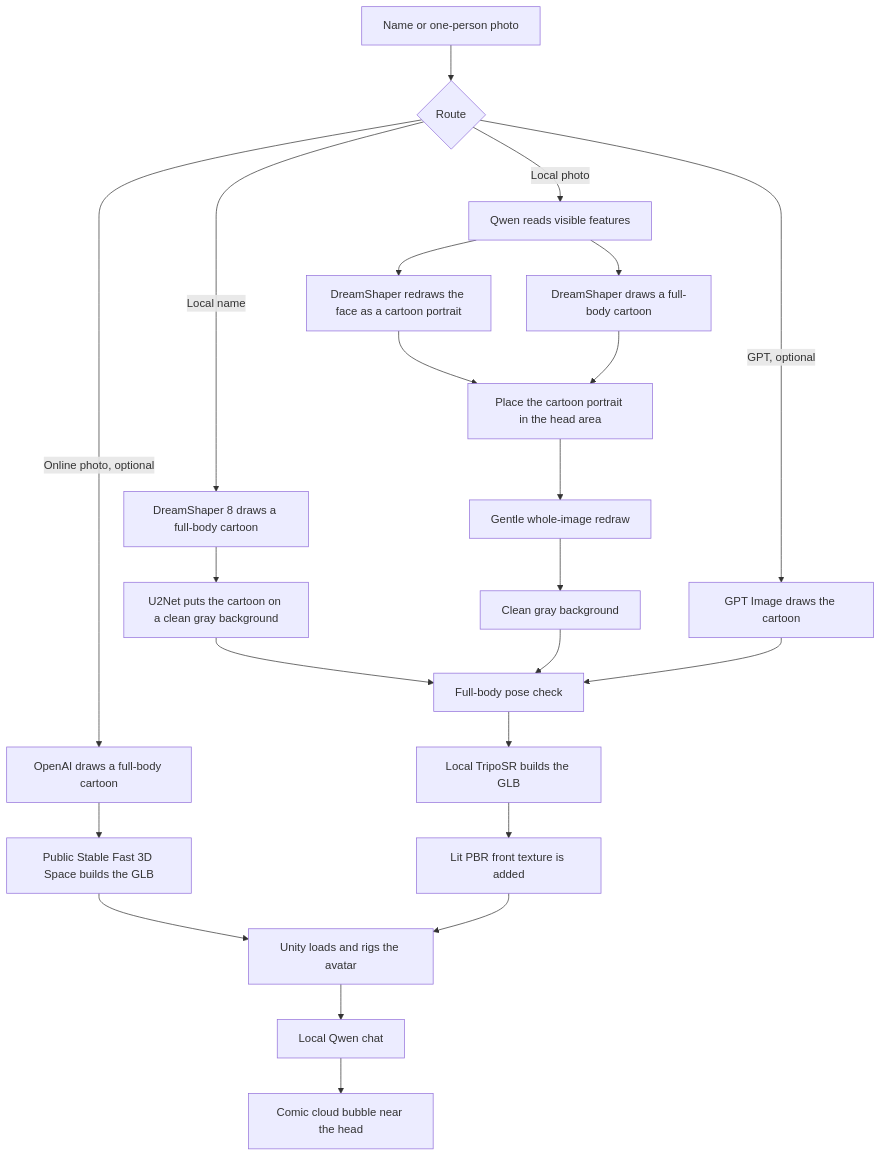
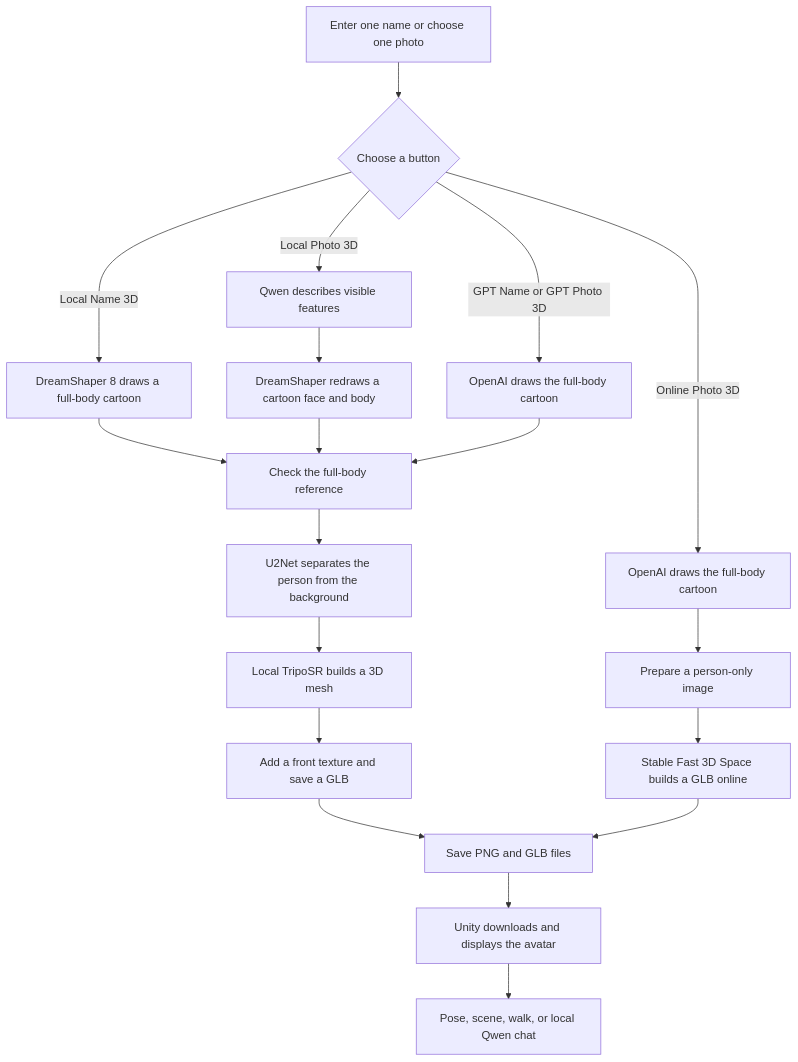
Before and after one commit to JiAXiAnGYaN/6-meta-avatar-llm: the diagram in Test/README.md, drawn with Mermaid. The commit also changed other lines of this file, not shown here.

````diff
--- a/Test/README.md
+++ b/Test/README.md
@@ -11,25 +43,21 @@
 ```mermaid
 flowchart TD
-    A[Name or one-person photo] --> B{Route}
-    B -->|Local name| C[DreamShaper 8 draws a full-body cartoon]
-    C --> C2[U2Net puts the cartoon on a clean gray background]
-    B -->|Local photo| D[Qwen reads visible features]
-    D --> E[DreamShaper redraws the face as a cartoon portrait]
-    D --> F[DreamShaper draws a full-body cartoon]
-    E --> F1[Place the cartoon portrait in the head area]
-    F --> F1
-    F1 --> F2[Gentle whole-image redraw]
-    F2 --> F3[Clean gray background]
-    B -->|GPT, optional| G[GPT Image draws the cartoon]
-    B -->|Online photo, optional| O[OpenAI draws a full-body cartoon]
-    O --> O2[Public Stable Fast 3D Space builds the GLB]
-    O2 --> J
-    C2 --> H[Full-body pose check]
-    F3 --> H
-    G --> H
-    H --> I[Local TripoSR builds the GLB]
-    I --> I2[Lit PBR front texture is added]
-    I2 --> J[Unity loads and rigs the avatar]
-    J --> K[Local Qwen chat]
-    K --> L[Comic cloud bubble near the head]
+    A[Enter one name or choose one photo] --> B{Choose a button}
+    B -->|Local Name 3D| C[DreamShaper 8 draws a full-body cartoon]
+    B -->|Local Photo 3D| D[Qwen describes visible features]
+    D --> E[DreamShaper redraws a cartoon face and body]
+    B -->|GPT Name or GPT Photo 3D| F[OpenAI draws the full-body cartoon]
+    B -->|Online Photo 3D| G[OpenAI draws the full-body cartoon]
+    C --> H[Check the full-body reference]
+    E --> H
+    F --> H
+    H --> I[U2Net separates the person from the background]
+    I --> J[Local TripoSR builds a 3D mesh]
+    J --> K[Add a front texture and save a GLB]
+    G --> L[Prepare a person-only image]
+    L --> M[Stable Fast 3D Space builds a GLB online]
+    K --> N[Save PNG and GLB files]
+    M --> N
+    N --> O[Unity downloads and displays the avatar]
+    O --> P[Pose, scene, walk, or local Qwen chat]
 ```
````
